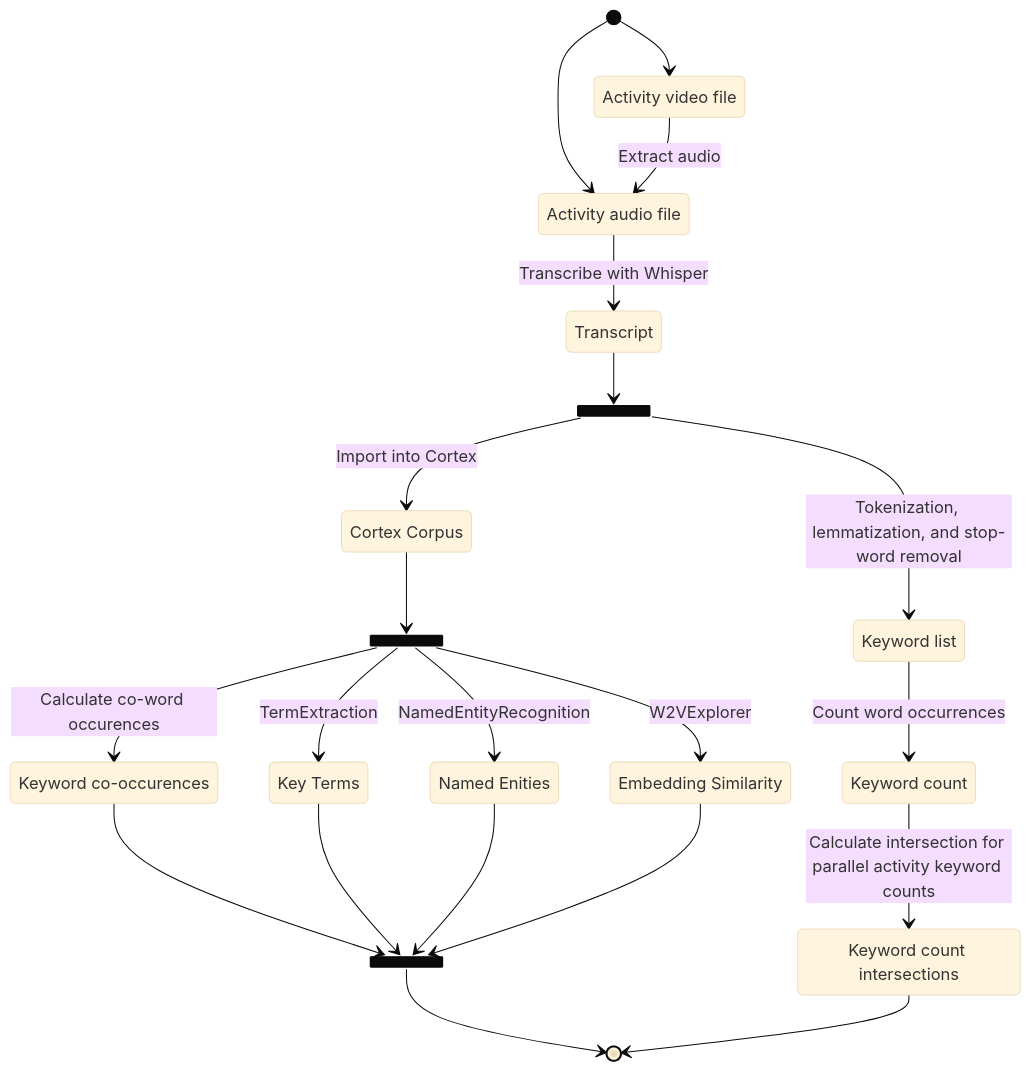
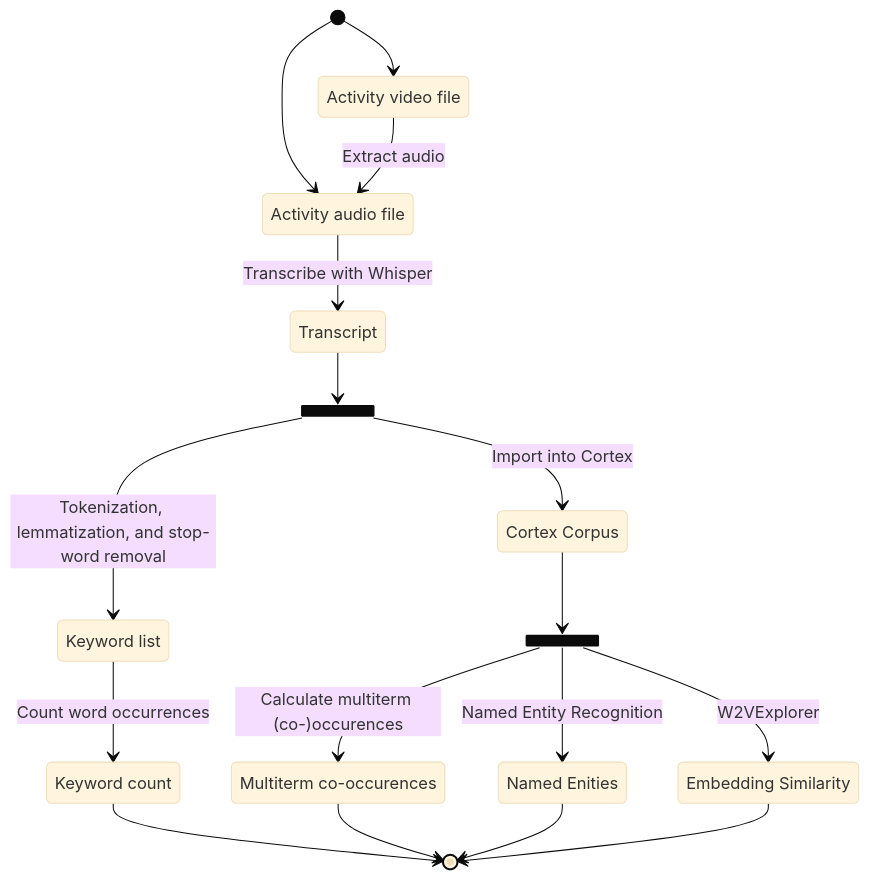
Before and after one commit to VCityTeam/PEPR-VDBI: the fourth of 4 diagrams in data-analysis/wordcount.md, drawn with Mermaid (base theme).

Commit message:
update method diagram

````diff
--- a/data-analysis/wordcount.md
+++ b/data-analysis/wordcount.md
@@ -339,45 +339,39 @@
 ```mermaid
 stateDiagram-v2
 
   %% direction LR
 
   video : Activity video file
   audio : Activity audio file
   words : Keyword list
   wc    : Keyword count
-  wci   : Keyword count intersections
+  %% wci   : Keyword intersection count
   cc    : Cortex Corpus
-  wcco  : Keyword co-occurences
-  kt    : Key Terms
+  wcco  : Multiterm co-occurences
   ne    : Named Enities
   es    : Embedding Similarity
 
   [*] --> video
   [*] --> audio
   video --> audio       : Extract audio
   audio --> Transcript  : Transcribe with Whisper
 
   state fork <<fork>>
     Transcript --> fork
     fork --> words      : Tokenization, lemmatization, and stop-word removal
     fork --> cc         : Import into Cortex
 
   state fork2 <<fork>>
     cc --> fork2
-    fork2 --> wcco      : Calculate co-word occurences
-    fork2 --> kt        : TermExtraction
-    fork2 --> ne        : NamedEntityRecognition
-    fork2 --> es        : W2VExplorer
+    fork2 --> wcco   : Calculate multiterm (co-)occurences
+    fork2 --> ne     : Named Entity Recognition
+    fork2 --> es     : W2VExplorer
 
-  words --> wc          : Count word occurrences
-  wc --> wci            : Calculate intersection for parallel activity keyword counts
-  
-  state join <<join>>
-    wcco --> join
-    kt --> join
-    ne --> join
-    es --> join
-    join --> [*]
-
-  wci --> [*]
+  words --> wc  : Count word occurrences
+  wc --> [*]
+  %% wc --> wci    : Calculate intersection for parallel activity keyword counts
+  wcco --> [*]
+  ne --> [*]
+  es --> [*]
+  %% wci --> [*]
 ```
````
